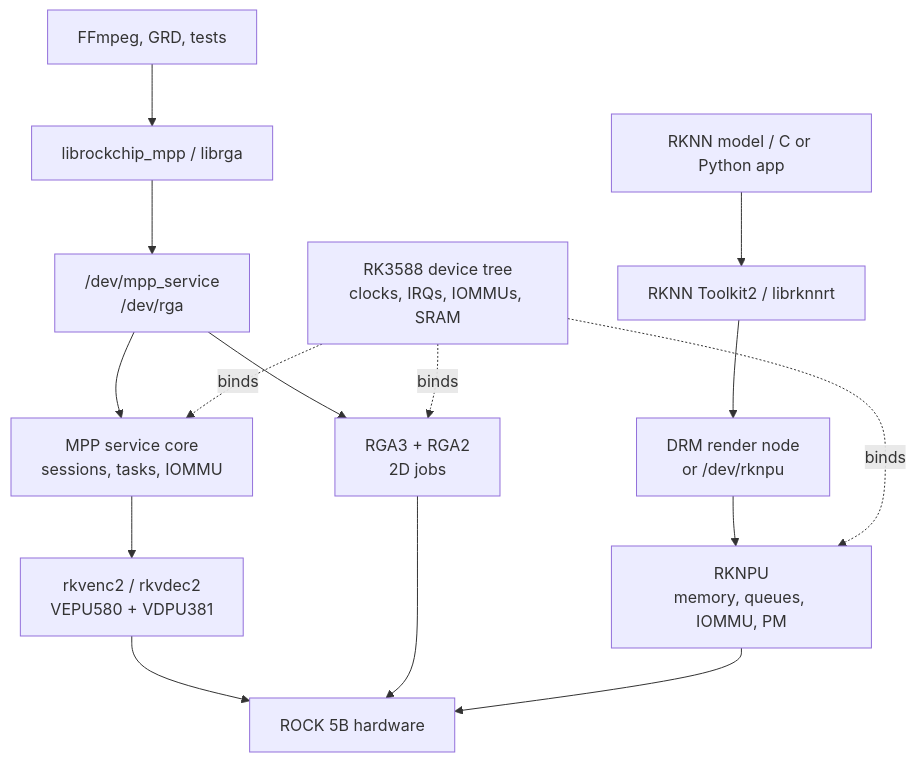
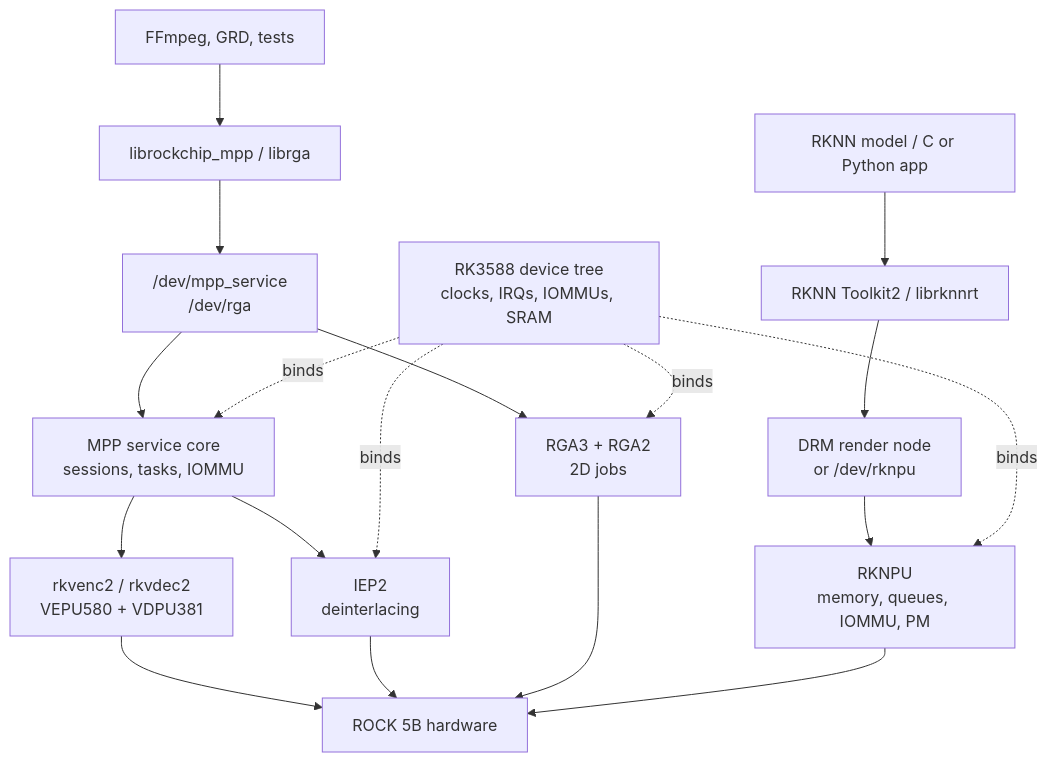
Before and after one commit to yisding/rock-5b-ysp: the diagram in kernel-drivers/README.md, drawn with Mermaid. The commit also changed other lines of this file and 14 other files, not shown here.

Commit message:
kernel: document RK3588 IEP2 deinterlacing gap

````diff
--- a/kernel-drivers/README.md
+++ b/kernel-drivers/README.md
@@ -31,23 +31,26 @@
 ```mermaid
 flowchart TB
   app["FFmpeg, GRD, tests"]
   libs["librockchip_mpp / librga"]
   nnapp["RKNN model / C or Python app"]
   rknn["RKNN Toolkit2 / librknnrt"]
   devs["/dev/mpp_service<br/>/dev/rga"]
   npudev["DRM render node<br/>or /dev/rknpu"]
   service["MPP service core<br/>sessions, tasks, IOMMU"]
   codec["rkvenc2 / rkvdec2<br/>VEPU580 + VDPU381"]
+  iep2["IEP2<br/>deinterlacing"]
   rga["RGA3 + RGA2<br/>2D jobs"]
   npu["RKNPU<br/>memory, queues, IOMMU, PM"]
   dt["RK3588 device tree<br/>clocks, IRQs, IOMMUs, SRAM"]
   hw["ROCK 5B hardware"]
 
   app --> libs --> devs
   devs --> service --> codec --> hw
+  service --> iep2 --> hw
   devs --> rga --> hw
   nnapp --> rknn --> npudev --> npu --> hw
   dt -. binds .-> service
+  dt -. binds .-> iep2
   dt -. binds .-> rga
   dt -. binds .-> npu
 ```
````
